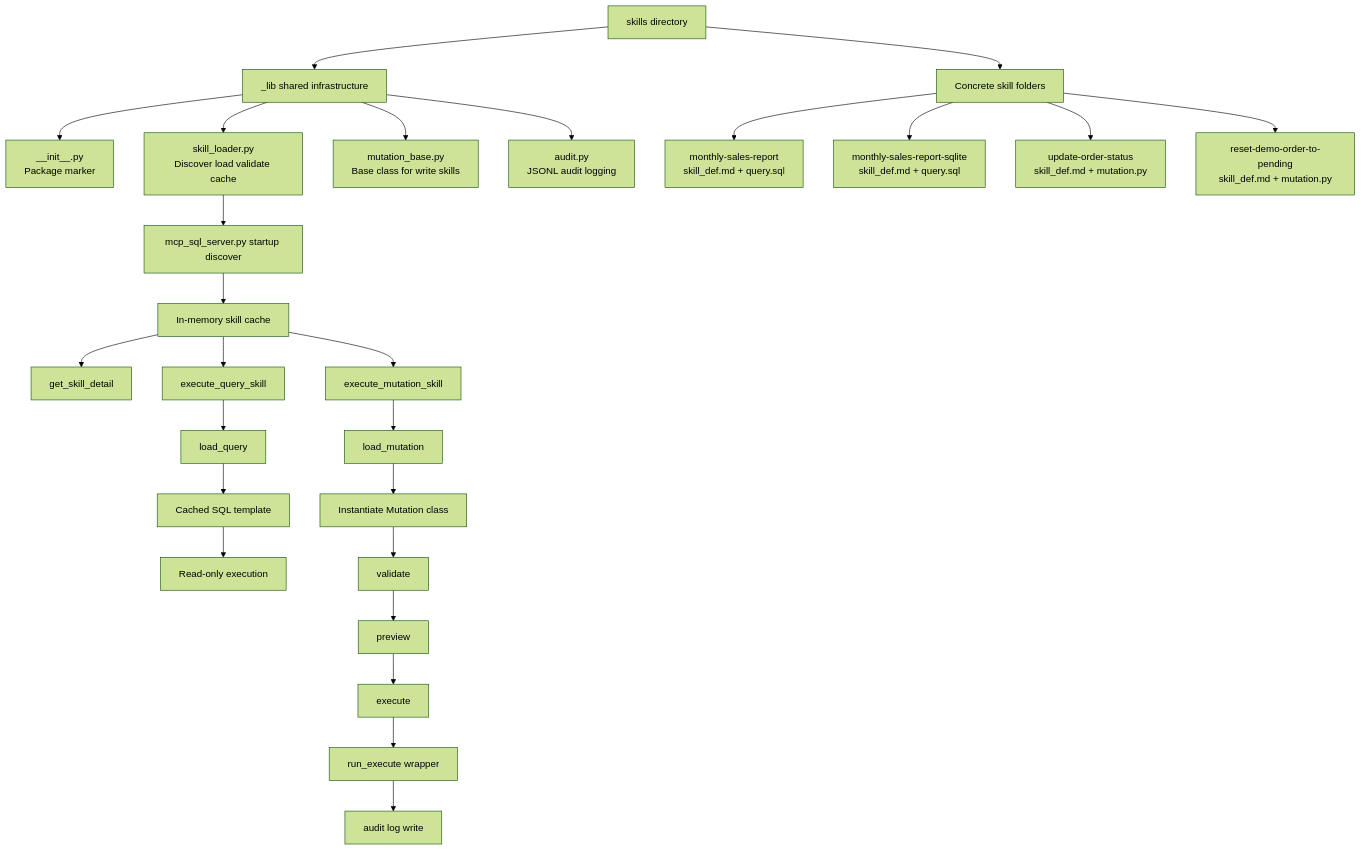
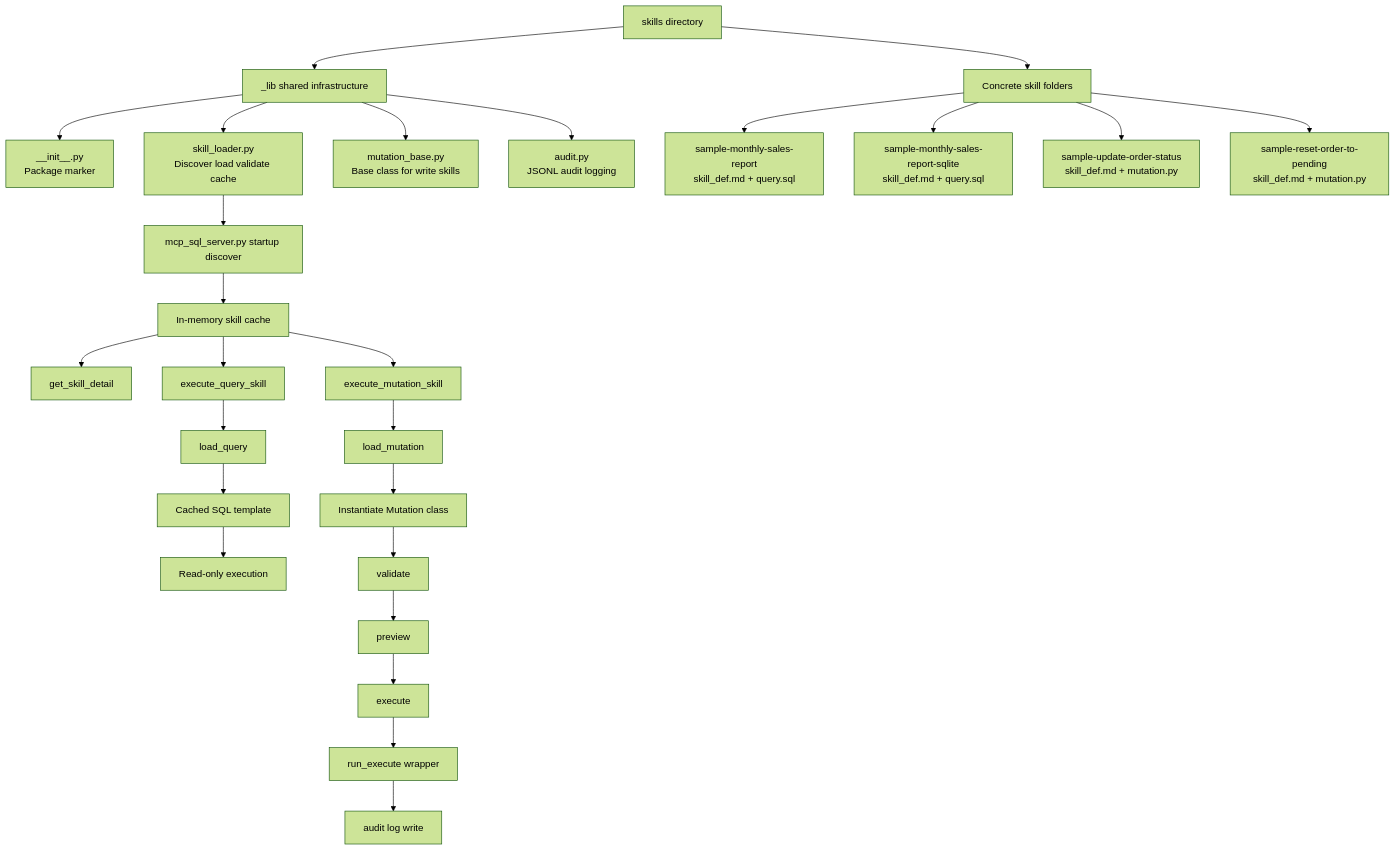
One commit to Firstmeridian/llm-sql-safety-executor-mcp changed the first of 10 diagrams in MCP_AGENTS_SKILLS_DESIGN.md. Above: the diagram before and after it, drawn with Mermaid (forest theme). The commit also changed other lines of this file and 41 other files, not shown here.

````diff
--- a/MCP_AGENTS_SKILLS_DESIGN.md
+++ b/MCP_AGENTS_SKILLS_DESIGN.md
@@ -99,34 +99,34 @@
 ```mermaid
 flowchart TD
     A[skills directory] --> B[_lib shared infrastructure]
     A --> C[Concrete skill folders]
 
     B --> B1[__init__.py<br/>Package marker]
     B --> B2[skill_loader.py<br/>Discover load validate cache]
     B --> B3[mutation_base.py<br/>Base class for write skills]
     B --> B4[audit.py<br/>JSONL audit logging]
 
-    C --> C1[monthly-sales-report<br/>skill_def.md + query.sql]
-    C --> C2[monthly-sales-report-sqlite<br/>skill_def.md + query.sql]
-    C --> C3[update-order-status<br/>skill_def.md + mutation.py]
-    C --> C4[reset-demo-order-to-pending<br/>skill_def.md + mutation.py]
+    C --> C1[sample-monthly-sales-report<br/>skill_def.md + query.sql]
+    C --> C2[sample-monthly-sales-report-sqlite<br/>skill_def.md + query.sql]
+    C --> C3[sample-update-order-status<br/>skill_def.md + mutation.py]
+    C --> C4[sample-reset-order-to-pending<br/>skill_def.md + mutation.py]
 
     B2 --> D[mcp_sql_server.py startup discover]
     D --> E[In-memory skill cache]
 
     E --> F[get_skill_detail]
     E --> G[execute_query_skill]
     E --> H[execute_mutation_skill]
 
     G --> I[load_query]
     I --> J[Cached SQL template]
     J --> K[Read-only execution]
 
     H --> L[load_mutation]
     L --> M[Instantiate Mutation class]
     M --> N1[validate]
     N1 --> N2[preview]
     N2 --> O[execute]
     O --> P[run_execute wrapper]
     P --> Q[audit log write]
 ```
````
